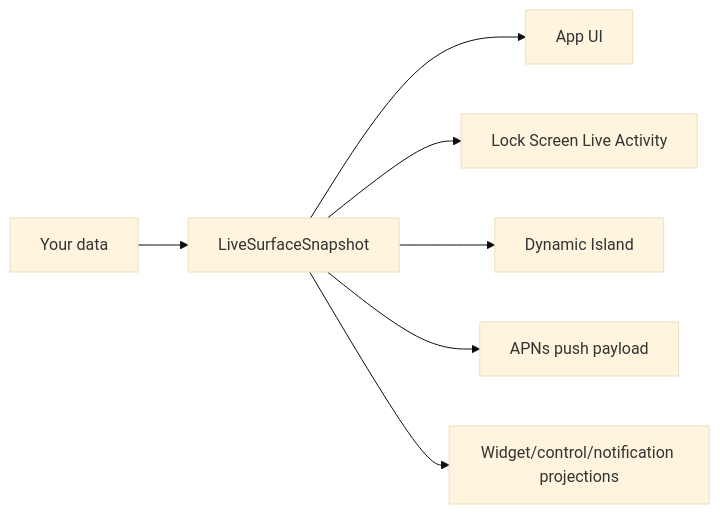
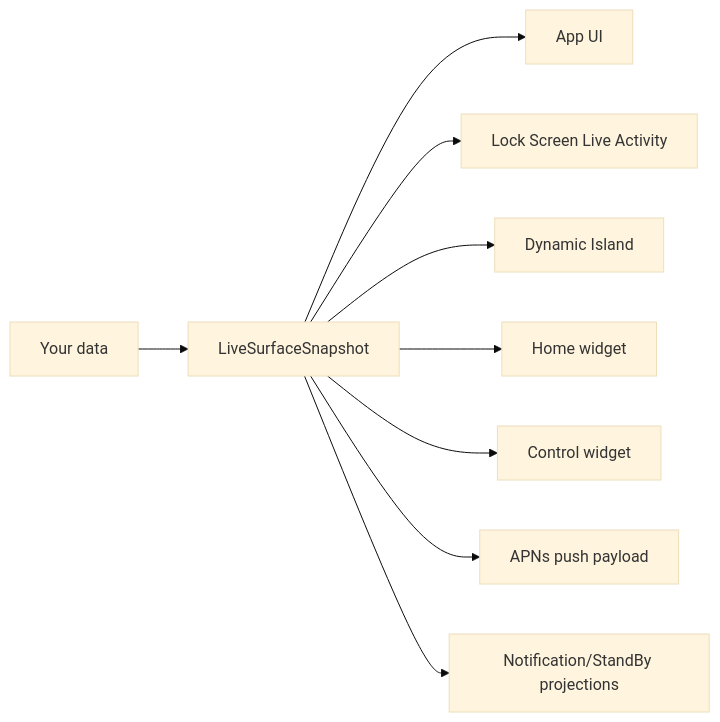
Before and after one commit to glendonC/mobile-surfaces: the diagram in README.md, drawn with Mermaid (base theme). The commit also changed other lines of this file and 29 other files, not shown here.

Commit message:
Implement home widget and control widget surfaces

````diff
--- a/README.md
+++ b/README.md
@@ -61,9 +63,11 @@
 ```mermaid
 flowchart LR
   Data["Your data"] --> Snapshot["LiveSurfaceSnapshot"]
   Snapshot --> App["App UI"]
   Snapshot --> Lock["Lock Screen Live Activity"]
   Snapshot --> Island["Dynamic Island"]
+  Snapshot --> Widget["Home widget"]
+  Snapshot --> Control["Control widget"]
   Snapshot --> APNs["APNs push payload"]
-  Snapshot --> Future["Widget/control/notification projections"]
+  Snapshot --> Future["Notification/StandBy projections"]
 ```
````
